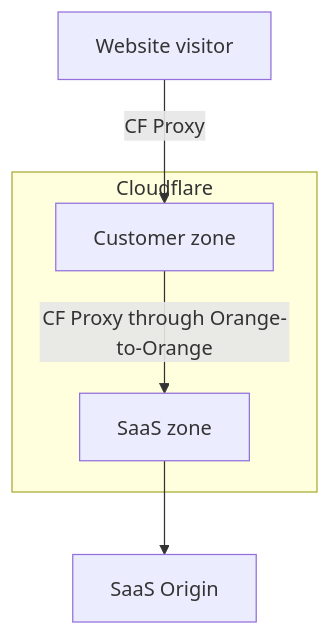
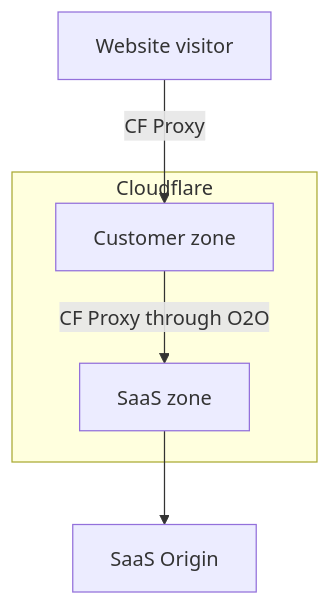
The second of 2 diagrams in content/cloudflare-for-platforms/cloudflare-for-saas/saas-customers/how-it-works.md (cloudflare/cloudflare-docs), drawn with Mermaid before and after one commit. The commit also changed other lines of this file, not shown here.

````diff
--- a/content/cloudflare-for-platforms/cloudflare-for-saas/saas-customers/how-it-works.md
+++ b/content/cloudflare-for-platforms/cloudflare-for-saas/saas-customers/how-it-works.md
@@ -23,17 +33,17 @@
 ```mermaid
 graph TD
-accTitle: Orange-to-orange process diagram
+accTitle: O2O process diagram
 
 A[Website visitor]
 
 subgraph Cloudflare
   B[Customer zone]
   C[SaaS zone]
 end
 
 D[SaaS Origin]
 
 A -->|CF Proxy| B
-B -->|CF Proxy through Orange-to-Orange| C
+B -->|CF Proxy through O2O| C
 C --> D
 ```
````
